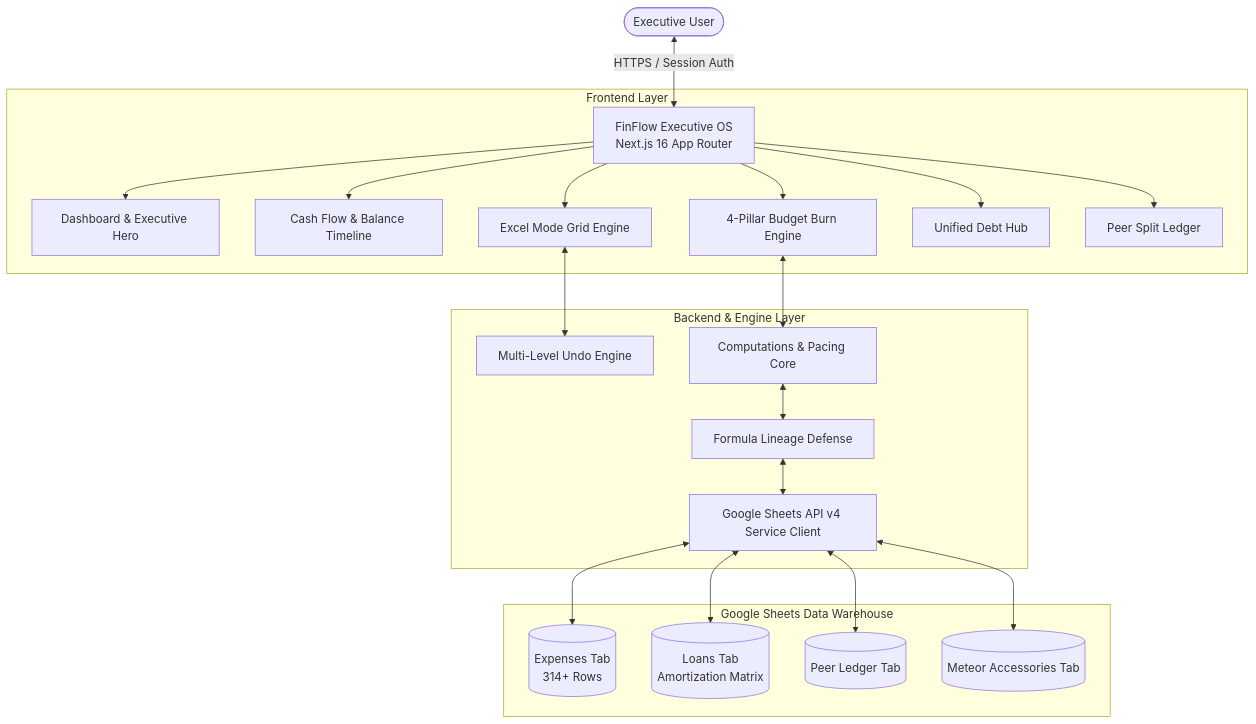
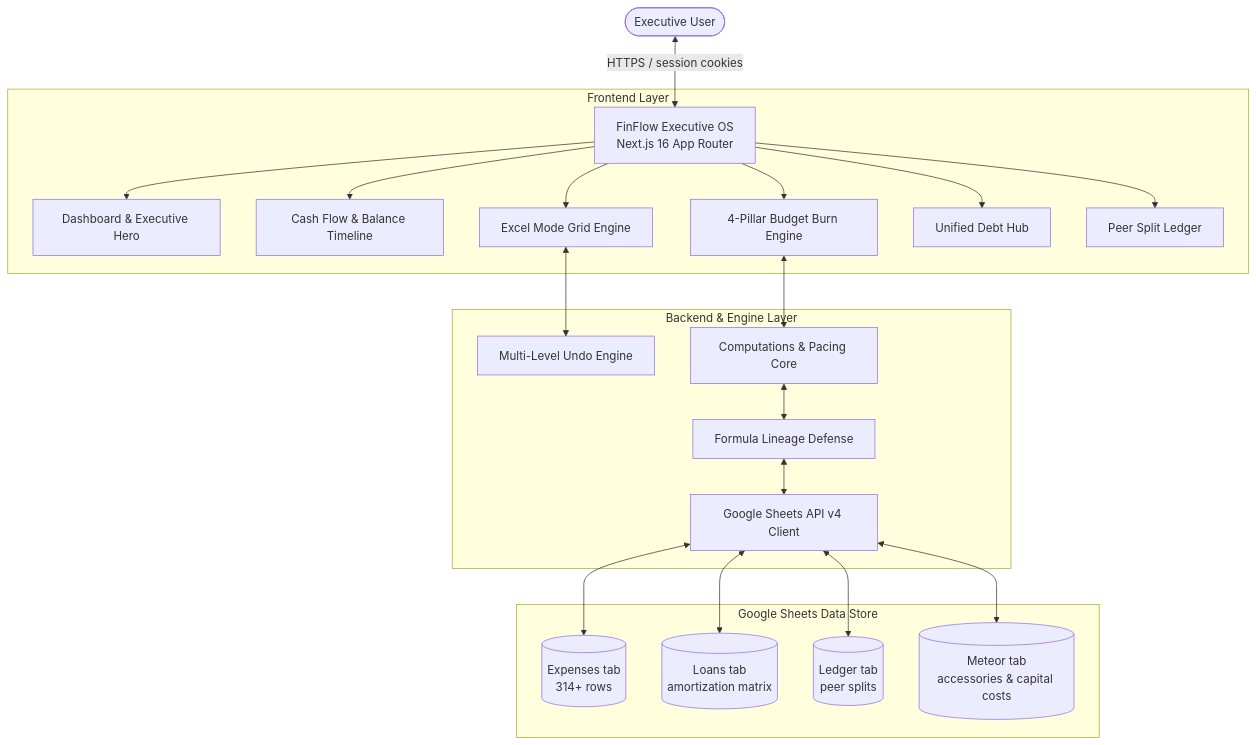
Before and after one commit to Priyanshu-Agrawal/finflow-executive: the first of 5 diagrams in docs/PRODUCT_DOCUMENTATION.md, drawn with Mermaid. The commit also changed other lines of this file and 1 other file, not shown here.

First line of the commit message:
docs: correct README and product docs against code and live sheet

````diff
--- a/docs/PRODUCT_DOCUMENTATION.md
+++ b/docs/PRODUCT_DOCUMENTATION.md
@@ -19,27 +36,27 @@
 ```mermaid
 flowchart TD
-    User([Executive User]) <-->|HTTPS / Session Auth| NextApp[FinFlow Executive OS\nNext.js 16 App Router]
-    
-    subgraph UI_Layer [Frontend Layer]
-        NextApp --> Dash[Dashboard & Executive Hero]
-        NextApp --> Timeline[Cash Flow & Balance Timeline]
-        NextApp --> Engine[4-Pillar Budget Burn Engine]
-        NextApp --> Grid[Excel Mode Grid Engine]
-        NextApp --> Hub[Unified Debt Hub]
-        NextApp --> Ledger[Peer Split Ledger]
+    User(["Executive User"]) <-->|"HTTPS / session cookies"| NextApp["FinFlow Executive OS<br/>Next.js 16 App Router"]
+
+    subgraph UI_Layer ["Frontend Layer"]
+        NextApp --> Dash["Dashboard & Executive Hero"]
+        NextApp --> Timeline["Cash Flow & Balance Timeline"]
+        NextApp --> Engine["4-Pillar Budget Burn Engine"]
+        NextApp --> Grid["Excel Mode Grid Engine"]
+        NextApp --> Hub["Unified Debt Hub"]
+        NextApp --> Ledger["Peer Split Ledger"]
     end
 
-    subgraph Service_Layer [Backend & Engine Layer]
-        Grid <--> Undo[Multi-Level Undo Engine]
-        Engine <--> Calc[Computations & Pacing Core]
-        Calc <--> FormulaDef[Formula Lineage Defense]
-        FormulaDef <--> SheetsClient[Google Sheets API v4 Service Client]
+    subgraph Service_Layer ["Backend & Engine Layer"]
+        Grid <--> Undo["Multi-Level Undo Engine"]
+        Engine <--> Calc["Computations & Pacing Core"]
+        Calc <--> FormulaDef["Formula Lineage Defense"]
+        FormulaDef <--> SheetsClient["Google Sheets API v4 Client"]
     end
 
-    subgraph Data_Layer [Google Sheets Data Warehouse]
-        SheetsClient <--> SheetExp[(Expenses Tab\n314+ Rows)]
-        SheetsClient <--> SheetLoan[(Loans Tab\nAmortization Matrix)]
-        SheetsClient <--> SheetPeer[(Peer Ledger Tab)]
-        SheetsClient <--> SheetAcc[(Meteor Accessories Tab)]
+    subgraph Data_Layer ["Google Sheets Data Store"]
+        SheetsClient <--> SheetExp[("Expenses tab<br/>314+ rows")]
+        SheetsClient <--> SheetLoan[("Loans tab<br/>amortization matrix")]
+        SheetsClient <--> SheetPeer[("Ledger tab<br/>peer splits")]
+        SheetsClient <--> SheetAcc[("Meteor tab<br/>accessories & capital costs")]
     end
 ```
````
